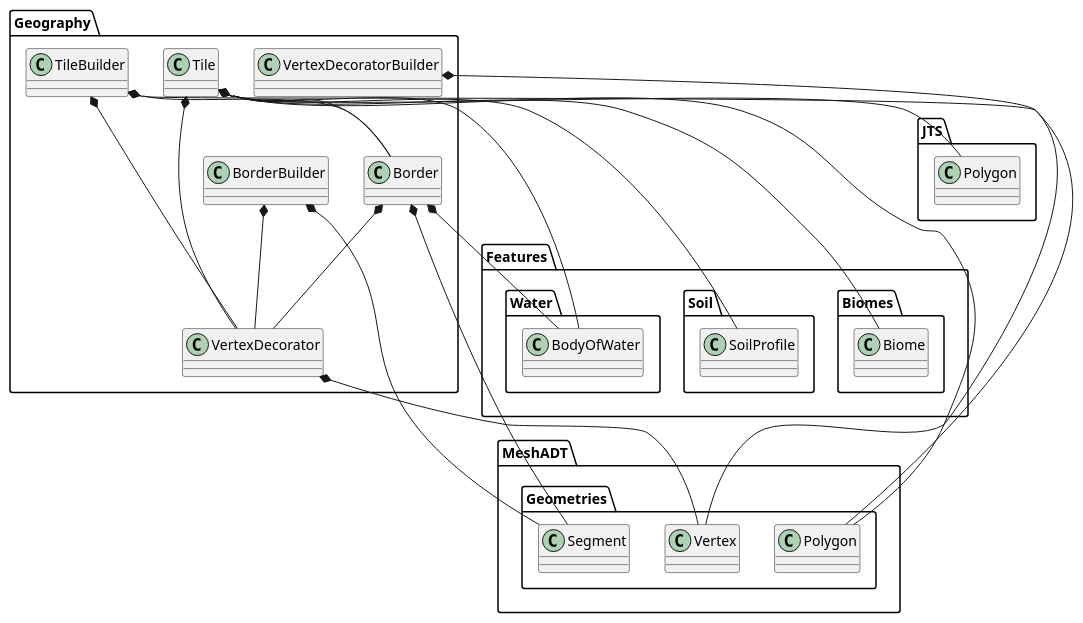
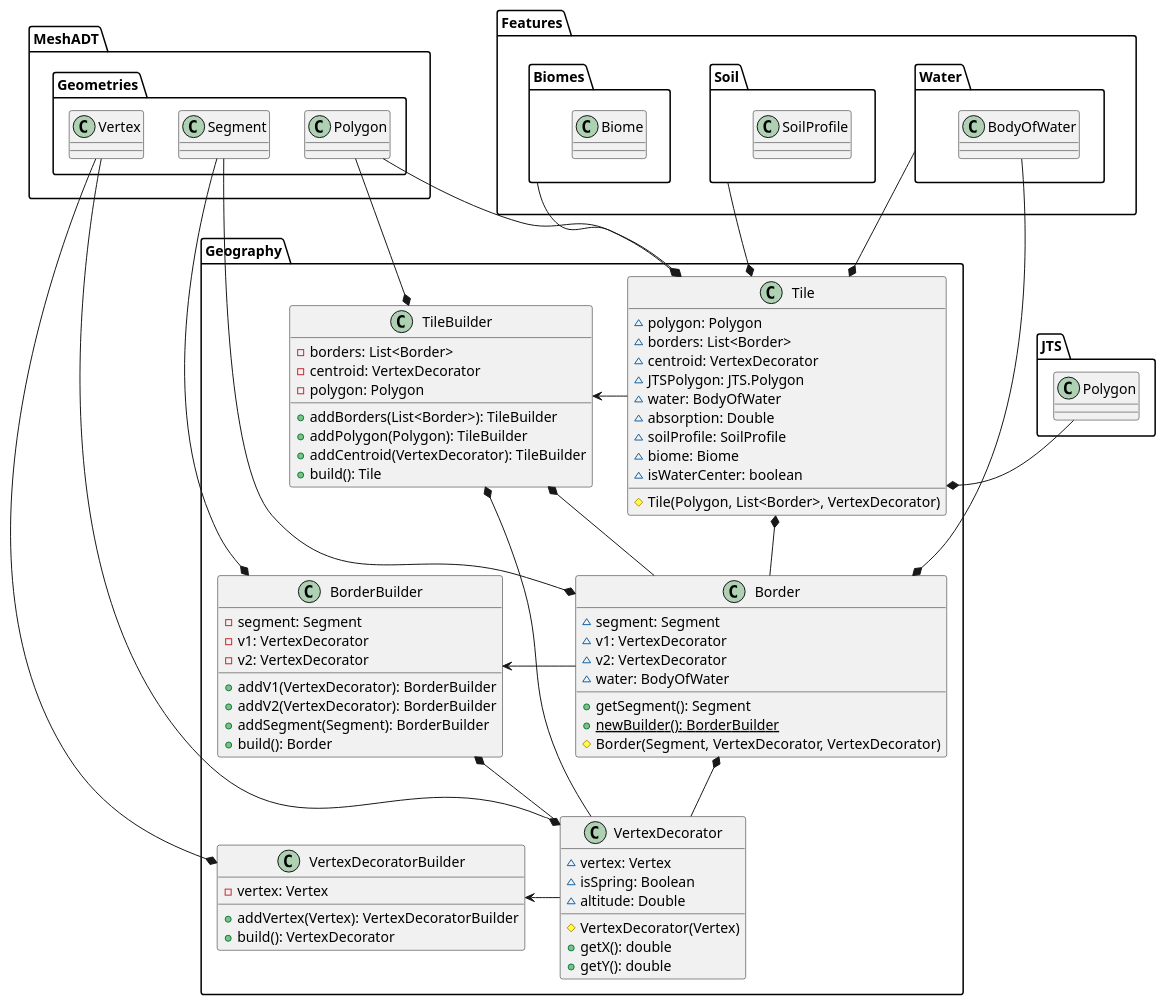
The diagram in umlDiagrams/A3/IndividualPackages/Geography/island_geography.puml (itshady/Island-Generator), drawn with PlantUML before and after one commit. The commit also changed 5 other files, not shown here.

Commit message:
Edited UML diagrams for geography, specification, and visualizer packages

```diff
--- a/umlDiagrams/A3/IndividualPackages/Geography/island_geography.puml
+++ b/umlDiagrams/A3/IndividualPackages/Geography/island_geography.puml
@@ -1,69 +1,117 @@
 @startuml
 
 package Geography {
 
-  class Border
-  class BorderBuilder
-  class Tile
-  class TileBuilder
-  class VertexDecorator
-  class VertexDecoratorBuilder
+  class Border {
+    ~segment: Segment
+    ~v1: VertexDecorator
+    ~v2: VertexDecorator
+    ~water: BodyOfWater
+
+    +getSegment(): Segment
+    +{static} newBuilder(): BorderBuilder
+    #Border(Segment, VertexDecorator, VertexDecorator)
+  }
+  class BorderBuilder {
+    -segment: Segment
+    -v1: VertexDecorator
+    -v2: VertexDecorator
+    +addV1(VertexDecorator): BorderBuilder
+    +addV2(VertexDecorator): BorderBuilder
+    +addSegment(Segment): BorderBuilder
+    +build(): Border
+  }
+  class Tile {
+    ~polygon: Polygon
+    ~borders: List<Border>
+    ~centroid: VertexDecorator
+    ~JTSPolygon: JTS.Polygon
+    ~water: BodyOfWater
+    ~absorption: Double
+    ~soilProfile: SoilProfile
+    ~biome: Biome
+    ~isWaterCenter: boolean
+    #Tile(Polygon, List<Border>, VertexDecorator)
+  }
+  class TileBuilder {
+    -borders: List<Border>
+    -centroid: VertexDecorator
+    -polygon: Polygon
+    +addBorders(List<Border>): TileBuilder
+    +addPolygon(Polygon): TileBuilder
+    +addCentroid(VertexDecorator): TileBuilder
+    +build(): Tile
+  }
+  class VertexDecorator {
+    ~vertex: Vertex
+    ~isSpring: Boolean
+    ~altitude: Double
+    #VertexDecorator(Vertex)
+    +getX(): double
+    +getY(): double
+  }
+  class VertexDecoratorBuilder {
+    -vertex: Vertex
+    +addVertex(Vertex): VertexDecoratorBuilder
+    +build(): VertexDecorator
+  }
 
 }
 
 package MeshADT {
 
   class Geometries.Segment
   class Geometries.Polygon
   class Geometries.Vertex
 
 }
 
 package Geography {
 
   class Border
   class Tile
   class VertexDecorator
 
 }
 
 package Features {
 
   class Water.BodyOfWater
   class Soil.SoilProfile
   class Biomes.Biome
 
 }
 
 package JTS {
 
   class Polygon
 
 }
 
-Border *-- MeshADT.Geometries.Segment
-Border *-- Geography.VertexDecorator
-Border *-- Features.Water.BodyOfWater
+Tile *-up- MeshADT.Geometries.Polygon
+Tile *-down- Border
+Tile *-right- JTS.Polygon
+Tile *-up- Features.Biomes
+Tile *-up- Features.Soil
+Tile *-up- Features.Water
+Tile -left-> TileBuilder
 
-BorderBuilder *-- MeshADT.Geometries.Segment
-BorderBuilder *-- Geography.VertexDecorator
+TileBuilder *-down- Border
+TileBuilder *-down- VertexDecorator
+TileBuilder *-up- MeshADT.Geometries.Polygon
 
-Tile *-- MeshADT.Geometries.Polygon
-Tile *-- Geography.Border
-Tile *-- Geography.VertexDecorator
-Tile *-- JTS.Polygon
-Tile *-- Features.Water.BodyOfWater
-Tile *-- Features.Soil.SoilProfile
-Tile *-- Features.Biomes.Biome
+Border *-up- MeshADT.Geometries.Segment
+Border *-down- Geography.VertexDecorator
+Border *-up- Features.Water.BodyOfWater
+Border -left-> BorderBuilder
 
-TileBuilder *-- Geography.Border
-TileBuilder *-- Geography.VertexDecorator
-TileBuilder *-- MeshADT.Geometries.Polygon
+BorderBuilder *-up- MeshADT.Geometries.Segment
+BorderBuilder *-down- Geography.VertexDecorator
 
-VertexDecorator *-- MeshADT.Geometries.Vertex
+VertexDecorator *-up- MeshADT.Geometries.Vertex
+VertexDecorator -left-> VertexDecoratorBuilder
 
-VertexDecoratorBuilder *-- MeshADT.Geometries.Vertex
-
+VertexDecoratorBuilder *-up- MeshADT.Geometries.Vertex
 
 
 @enduml
```
